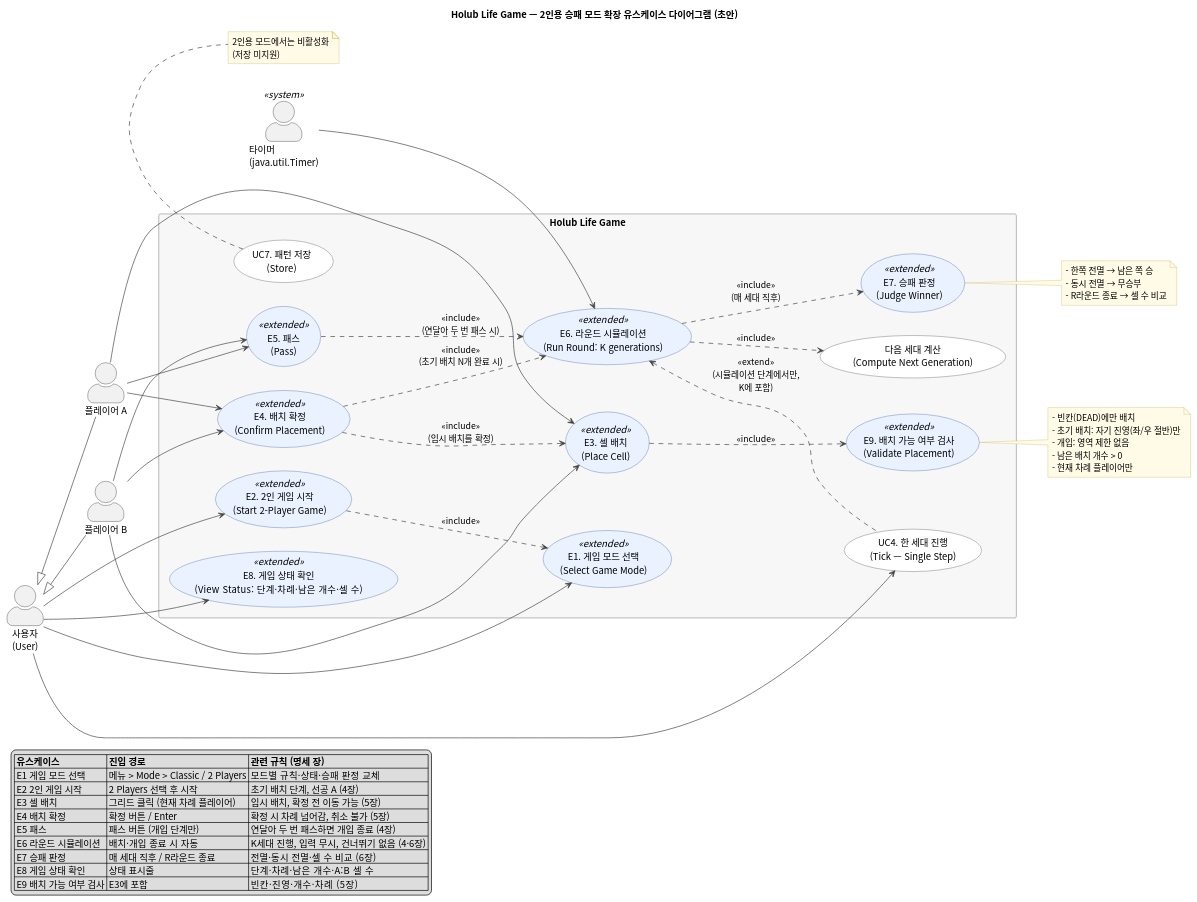
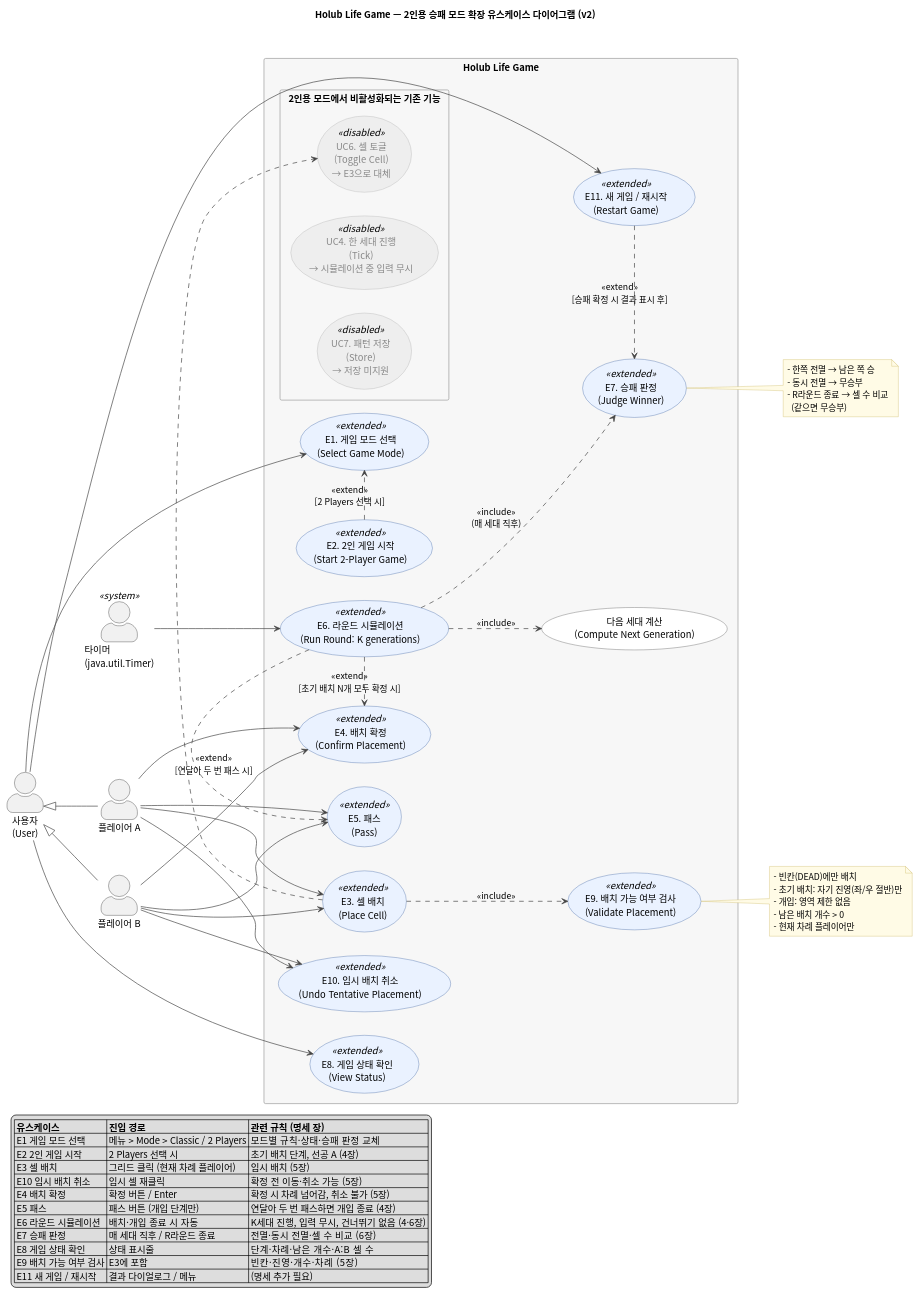
The diagram in diagrams/use-case diagram/holub-life-usecase-2p.puml (DesignPattern8/DPTermProject), drawn with PlantUML before and after one commit. The commit also changed 2 other files, not shown here.

```diff
--- a/diagrams/use-case diagram/holub-life-usecase-2p.puml
+++ b/diagrams/use-case diagram/holub-life-usecase-2p.puml
@@ -1,110 +1,140 @@
 @startuml holub-life-usecase-2p
-' Holub Life Game - 2인용 승패 모드 확장 유스케이스 다이어그램 (초안)
+' Holub Life Game - 2인용 승패 모드 확장 유스케이스 다이어그램 (v2)
 ' 근거: 2인용 Life Game 규칙 명세 (초안, 2026-11-02)
 ' 확장 기능은 유스케이스 이름 앞에 'E'를 붙임 (과제 규칙)
 ' 기존 유스케이스(UC1~UC8)는 holub-life-usecase.puml 참고. 여기에는 확장과 직접 관련된 것만 표시
+'
+' v2 변경점
+'  - 조건부 관계(<<include>> + 조건)를 <<extend>> + 조건으로 교체 (E4/E5 -> E6)
+'  - E4 ..> E3 <<include>> 삭제: 확정이 배치를 실행하는 관계가 아님 (E3 선행 후 E4)
+'  - E2 ..> E1 <<include>> 를 E2 .> E1 <<extend>> [2 Players 선택 시] 로 변경
+'  - UC4 <<extend>> E6 삭제: 명세 4·6장 "시뮬레이션 중 입력 무시"와 모순 -> 2인용 모드 비활성화로 처리
+'  - E10 임시 배치 취소(명세 5장 "확정 전 이동 가능"), E11 새 게임/재시작 추가
+'  - UC6 셀 토글(원본 그리드 클릭)이 2인용 모드에서 E3으로 대체됨을 표시
 
 skinparam defaultFontName "Noto Sans CJK KR"
 skinparam shadowing false
 skinparam packageStyle rectangle
 skinparam actorStyle awesome
 skinparam usecase {
   BackgroundColor #FFFFFF
   BorderColor #444444
   ArrowColor #444444
 }
 skinparam usecase<<extended>> {
   BackgroundColor #EAF2FF
   BorderColor #2F5597
 }
+skinparam usecase<<disabled>> {
+  BackgroundColor #EEEEEE
+  BorderColor #AAAAAA
+  FontColor #888888
+}
+skinparam actor {
+  BackgroundColor #F1F1F1
+  BorderColor #181818
+}
 skinparam rectangle {
   BackgroundColor #F7F7F7
+  FontColor #000000
   BorderColor #999999
 }
 skinparam note {
   BackgroundColor #FFFBE6
   BorderColor #C9B458
 }
 left to right direction
 
-title Holub Life Game — 2인용 승패 모드 확장 유스케이스 다이어그램 (초안)
+title Holub Life Game — 2인용 승패 모드 확장 유스케이스 다이어그램 (v2)
 
 actor "사용자\n(User)" as User
 actor "플레이어 A" as PA
 actor "플레이어 B" as PB
 actor "타이머\n(java.util.Timer)" as Timer <<system>>
 
 PA -up-|> User
 PB -up-|> User
 
 rectangle "Holub Life Game" {
 
+  usecase "E1. 게임 모드 선택\n(Select Game Mode)" as E1 <<extended>>
+  usecase "E2. 2인 게임 시작\n(Start 2-Player Game)" as E2 <<extended>>
   usecase "E3. 셀 배치\n(Place Cell)" as E3 <<extended>>
+  usecase "E10. 임시 배치 취소\n(Undo Tentative Placement)" as E10 <<extended>>
   usecase "E4. 배치 확정\n(Confirm Placement)" as E4 <<extended>>
   usecase "E5. 패스\n(Pass)" as E5 <<extended>>
   usecase "E9. 배치 가능 여부 검사\n(Validate Placement)" as E9 <<extended>>
-  usecase "E2. 2인 게임 시작\n(Start 2-Player Game)" as E2 <<extended>>
-  usecase "E1. 게임 모드 선택\n(Select Game Mode)" as E1 <<extended>>
-  usecase "E8. 게임 상태 확인\n(View Status: 단계·차례·남은 개수·셀 수)" as E8 <<extended>>
   usecase "E6. 라운드 시뮬레이션\n(Run Round: K generations)" as E6 <<extended>>
   usecase "E7. 승패 판정\n(Judge Winner)" as E7 <<extended>>
+  usecase "E8. 게임 상태 확인\n(View Status)" as E8 <<extended>>
+  usecase "E11. 새 게임 / 재시작\n(Restart Game)" as E11 <<extended>>
 
-  usecase "UC4. 한 세대 진행\n(Tick — Single Step)" as UC4
-  usecase "UC7. 패턴 저장\n(Store)" as UC7
   usecase "다음 세대 계산\n(Compute Next Generation)" as CNG
+
+  rectangle "2인용 모드에서 비활성화되는 기존 기능" as DIS {
+    usecase "UC6. 셀 토글\n(Toggle Cell)\n→ E3으로 대체" as UC6 <<disabled>>
+    usecase "UC4. 한 세대 진행\n(Tick)\n→ 시뮬레이션 중 입력 무시" as UC4 <<disabled>>
+    usecase "UC7. 패턴 저장\n(Store)\n→ 저장 미지원" as UC7 <<disabled>>
+  }
 }
 
+' --- 액터 연관 ---
 User --> E1
-User --> E2
 User --> E8
-User --> UC4
+User --> E11
 PA --> E3
 PB --> E3
+PA --> E10
+PB --> E10
 PA --> E4
 PB --> E4
 PA --> E5
 PB --> E5
+Timer --> E6
 
-E2 ..> E1 : <<include>>
+' --- include: 항상 수행 ---
 E3 ..> E9 : <<include>>
-E4 ..> E3 : <<include>>\n(임시 배치를 확정)
-E4 ..> E6 : <<include>>\n(초기 배치 N개 완료 시)
-E5 ..> E6 : <<include>>\n(연달아 두 번 패스 시)
 E6 ..> CNG : <<include>>
 E6 ..> E7 : <<include>>\n(매 세대 직후)
-Timer --> E6
-UC4 .up.> E6 : <<extend>>\n(시뮬레이션 단계에서만,\nK에 포함)
+
+' --- extend: 조건부 수행 (화살표는 확장 -> 기반) ---
+E2 .> E1 : <<extend>>\n[2 Players 선택 시]
+E6 .> E4 : <<extend>>\n[초기 배치 N개 모두 확정 시]
+E6 .> E5 : <<extend>>\n[연달아 두 번 패스 시]
+E11 .> E7 : <<extend>>\n[승패 확정 시 결과 표시 후]
+
+' --- 원본 기능과의 관계 ---
+E3 .> UC6
 
 note right of E9
   - 빈칸(DEAD)에만 배치
   - 초기 배치: 자기 진영(좌/우 절반)만
   - 개입: 영역 제한 없음
   - 남은 배치 개수 > 0
   - 현재 차례 플레이어만
 end note
 
 note right of E7
   - 한쪽 전멸 → 남은 쪽 승
   - 동시 전멸 → 무승부
   - R라운드 종료 → 셀 수 비교
+    (같으면 무승부)
 end note
 
-note bottom of UC7
-  2인용 모드에서는 비활성화
-  (저장 미지원)
-end note
 
 legend bottom left
   |= 유스케이스 |= 진입 경로 |= 관련 규칙 (명세 장) |
   | E1 게임 모드 선택 | 메뉴 > Mode > Classic / 2 Players | 모드별 규칙·상태·승패 판정 교체 |
-  | E2 2인 게임 시작 | 2 Players 선택 후 시작 | 초기 배치 단계, 선공 A (4장) |
-  | E3 셀 배치 | 그리드 클릭 (현재 차례 플레이어) | 임시 배치, 확정 전 이동 가능 (5장) |
+  | E2 2인 게임 시작 | 2 Players 선택 시 | 초기 배치 단계, 선공 A (4장) |
+  | E3 셀 배치 | 그리드 클릭 (현재 차례 플레이어) | 임시 배치 (5장) |
+  | E10 임시 배치 취소 | 임시 셀 재클릭 | 확정 전 이동·취소 가능 (5장) |
   | E4 배치 확정 | 확정 버튼 / Enter | 확정 시 차례 넘어감, 취소 불가 (5장) |
   | E5 패스 | 패스 버튼 (개입 단계만) | 연달아 두 번 패스하면 개입 종료 (4장) |
   | E6 라운드 시뮬레이션 | 배치·개입 종료 시 자동 | K세대 진행, 입력 무시, 건너뛰기 없음 (4·6장) |
   | E7 승패 판정 | 매 세대 직후 / R라운드 종료 | 전멸·동시 전멸·셀 수 비교 (6장) |
   | E8 게임 상태 확인 | 상태 표시줄 | 단계·차례·남은 개수·A:B 셀 수 |
   | E9 배치 가능 여부 검사 | E3에 포함 | 빈칸·진영·개수·차례 (5장) |
+  | E11 새 게임 / 재시작 | 결과 다이얼로그 / 메뉴 | (명세 추가 필요) |
 endlegend
 
 @enduml
```
